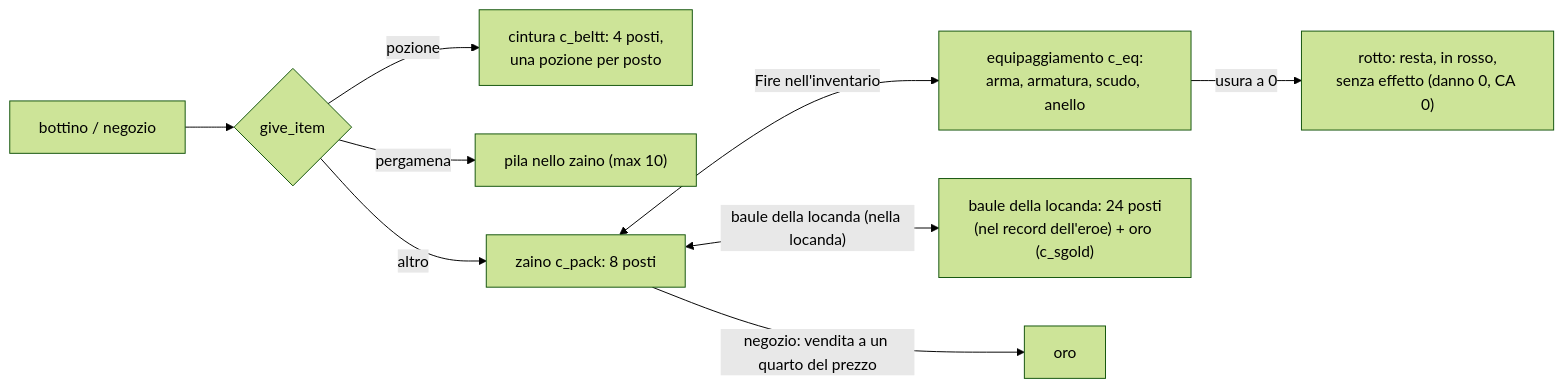
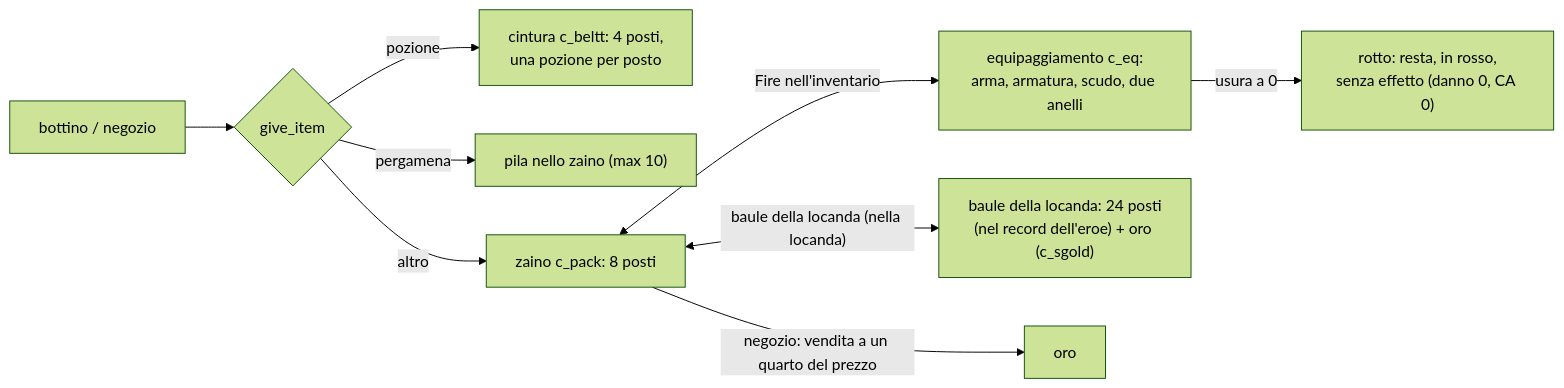
One commit to caporalesimone/barbarian-the-blood-path changed the second of 2 diagrams in docs/wiki/oggetti.md. Above: the diagram before and after it, drawn with Mermaid (forest theme). The commit also changed other lines of this file and 24 other files, not shown here.

````diff
--- a/docs/wiki/oggetti.md
+++ b/docs/wiki/oggetti.md
@@ -169,11 +169,11 @@
 ```mermaid
 flowchart LR
     B["bottino / negozio"] --> GI{"give_item"}
     GI -->|pozione| BE["cintura c_beltt: 4 posti,<br/>una pozione per posto"]
     GI -->|pergamena| SC["pila nello zaino (max 10)"]
     GI -->|altro| PK["zaino c_pack: 8 posti"]
-    PK <-->|Fire nell'inventario| EQ["equipaggiamento c_eq:<br/>arma, armatura, scudo, anello"]
+    PK <-->|Fire nell'inventario| EQ["equipaggiamento c_eq:<br/>arma, armatura, scudo, due anelli"]
     PK <-->|"baule della locanda (nella locanda)"| ST["baule della locanda: 24 posti<br/>(nel record dell'eroe) + oro (c_sgold)"]
     PK -->|negozio: vendita a un quarto del prezzo| G["oro"]
     EQ -->|"usura a 0"| X["rotto: resta, in rosso,<br/>senza effetto (danno 0, CA 0)"]
 ```
````
